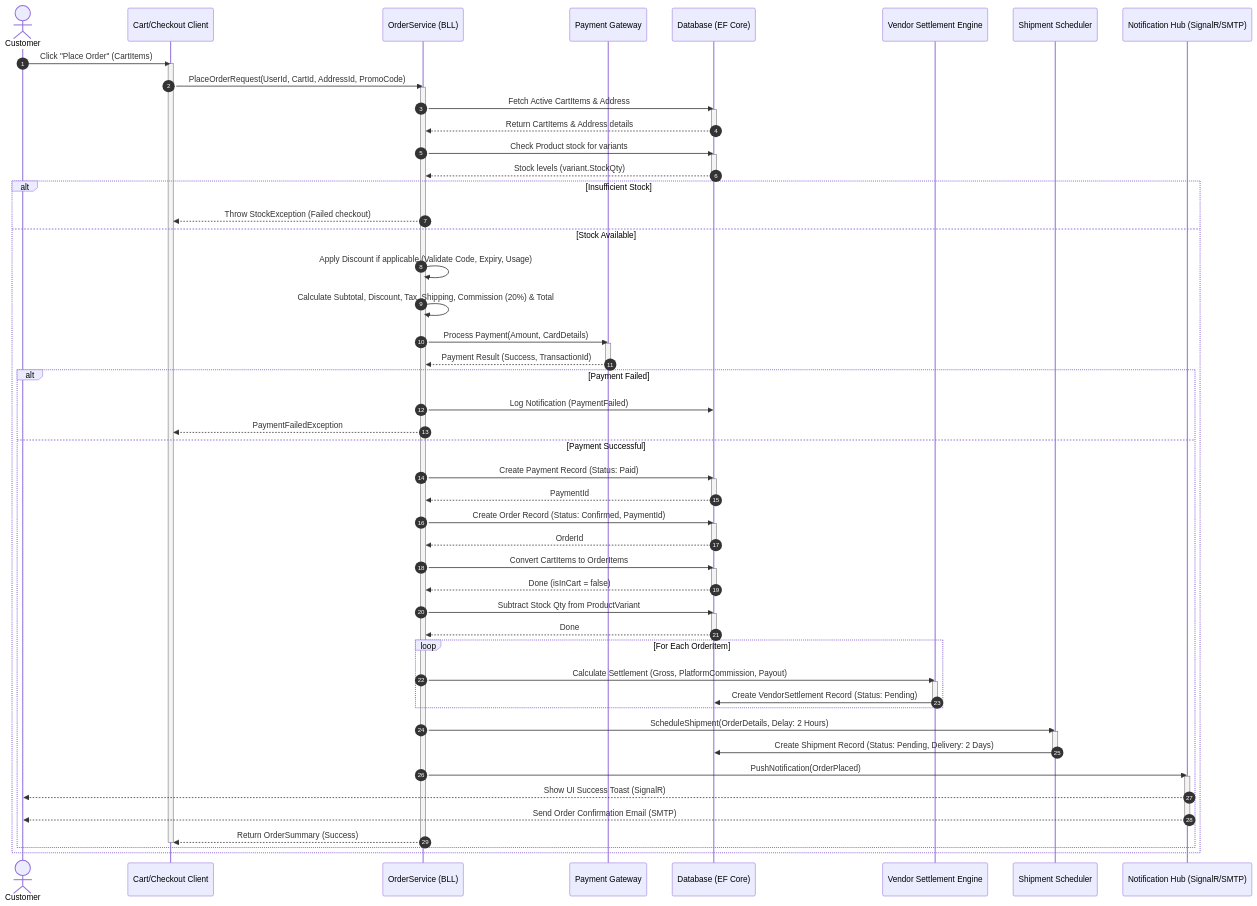
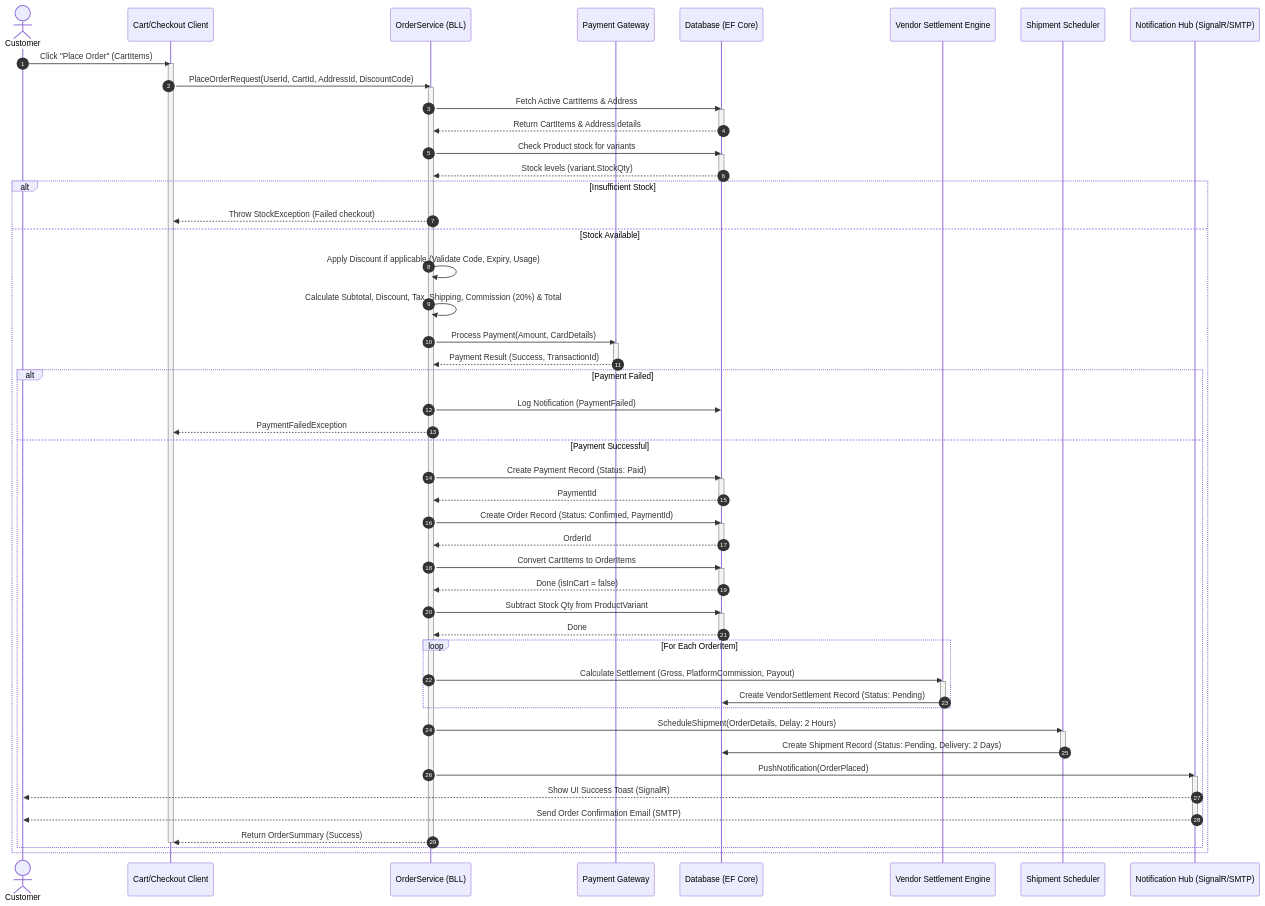
The third of 5 diagrams in Ecommerce/Requirements/Technical_Design_Document.md (dharshini2022/Genspark), drawn with Mermaid before and after one commit. The commit also changed 173 other files, not shown here.

```diff
--- a/Ecommerce/Requirements/Technical_Design_Document.md
+++ b/Ecommerce/Requirements/Technical_Design_Document.md
@@ -521,7 +521,7 @@
 
     Customer->>Cart: Click "Place Order" (CartItems)
     activate Cart
-    Cart->>OS: PlaceOrderRequest(UserId, CartId, AddressId, PromoCode)
+    Cart->>OS: PlaceOrderRequest(UserId, CartId, AddressId, DiscountCode)
     activate OS
     
     OS->>DB: Fetch Active CartItems & Address
```
